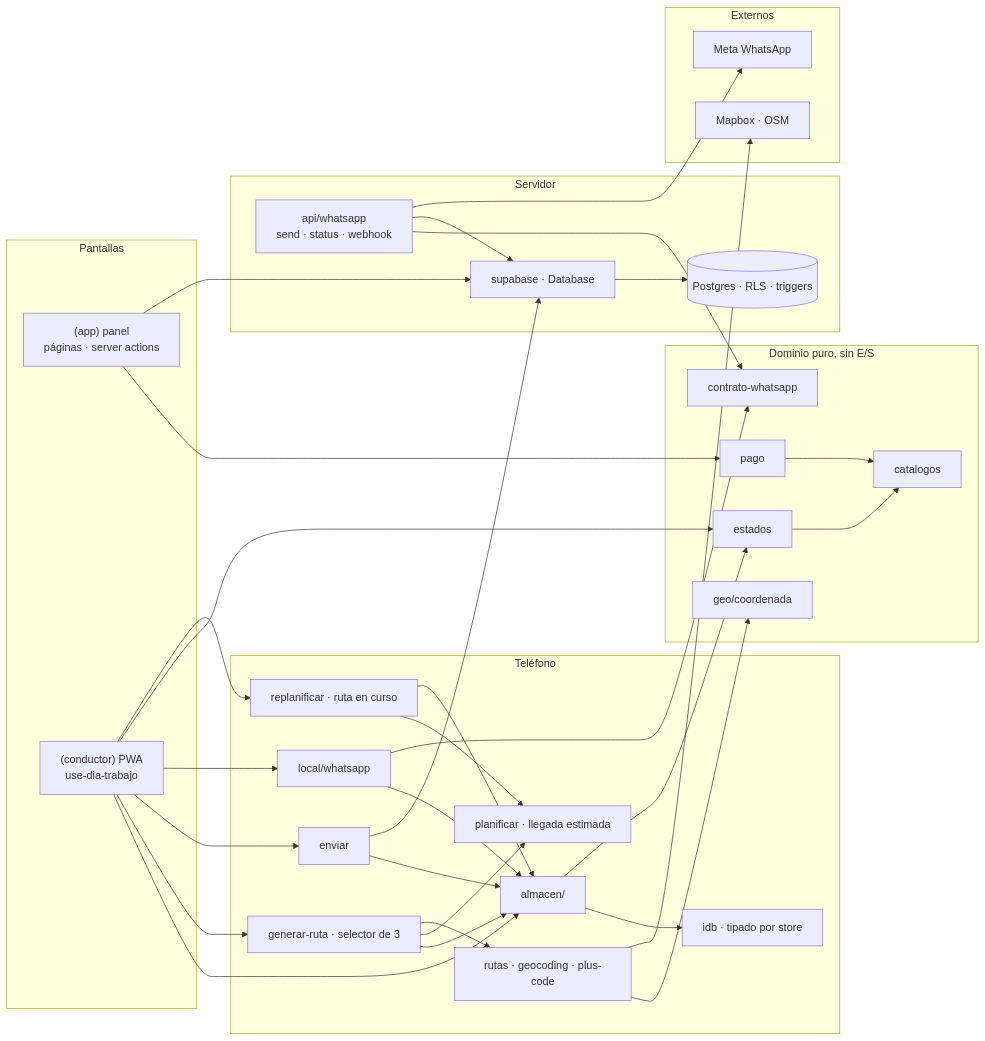
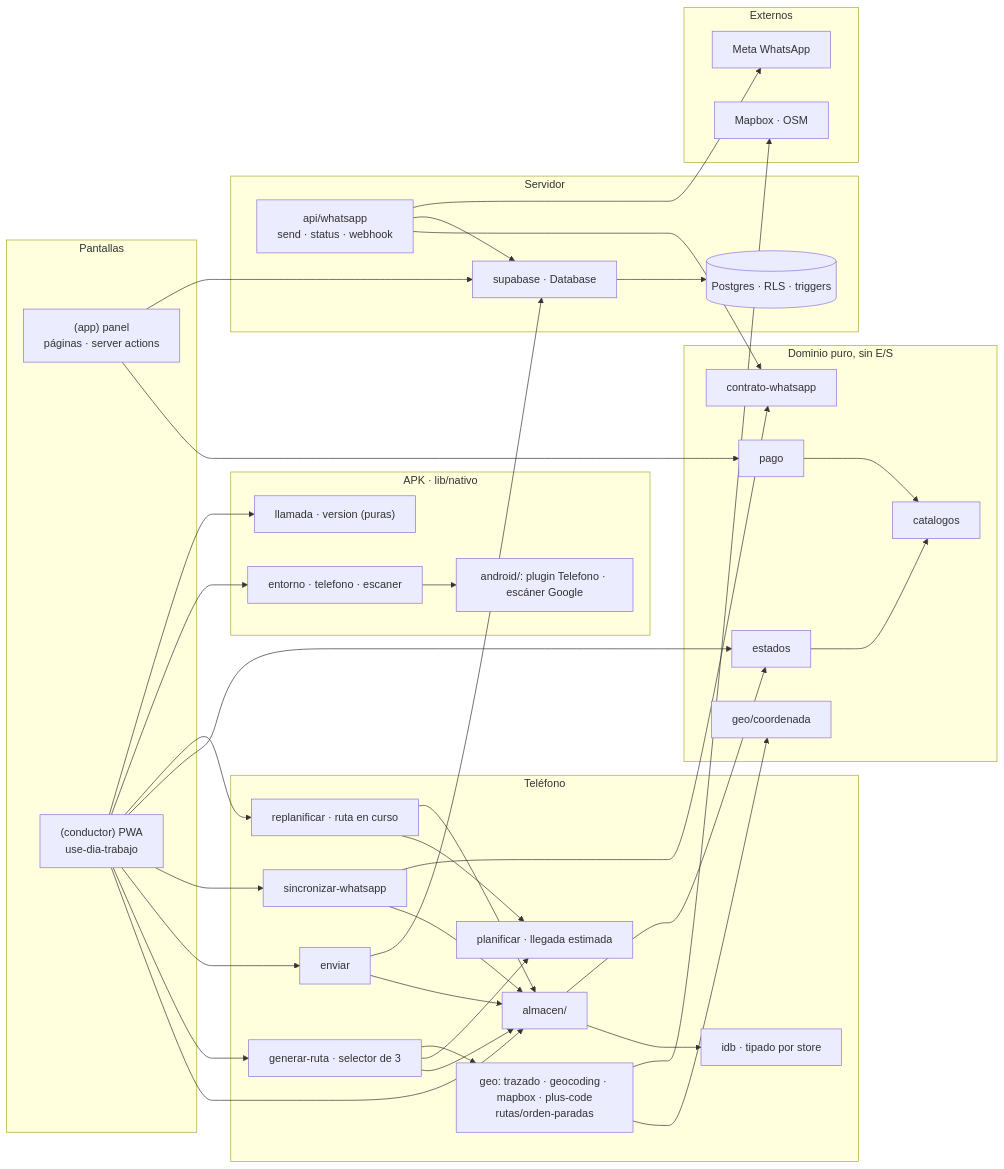
The third of 3 diagrams in docs/CLASES.md (etianypr/ProyectoAres), drawn with Mermaid before and after one commit. The commit also changed other lines of this file and 426 other files, not shown here.

First line of the commit message:
APK del conductor, carga desde la guía y "conductor" en todo el sistema

````diff
--- a/docs/CLASES.md
+++ b/docs/CLASES.md
@@ -173,60 +194,68 @@
 ```mermaid
 flowchart LR
   subgraph UI["Pantallas"]
     panel["(app) panel<br/>páginas · server actions"]
     conductor["(conductor) PWA<br/>use-dia-trabajo"]
   end
   subgraph Dominio["Dominio puro, sin E/S"]
     catalogos["catalogos"]
     estados["estados"]
     pago["pago"]
     contrato["contrato-whatsapp"]
     coord["geo/coordenada"]
   end
   subgraph Telefono["Teléfono"]
     almacen["almacen/"]
     idb["idb · tipado por store"]
     generar["generar-ruta · selector de 3"]
     planificar["planificar · llegada estimada"]
     replan["replanificar · ruta en curso"]
     enviar["enviar"]
-    wsl["local/whatsapp"]
-    rutas["rutas · geocoding · plus-code"]
+    wsl["sincronizar-whatsapp"]
+    rutas["geo: trazado · geocoding · mapbox · plus-code<br/>rutas/orden-paradas"]
+  end
+  subgraph Nativo["APK · lib/nativo"]
+    nat["entorno · telefono · escaner"]
+    llamada["llamada · version (puras)"]
+    plugin["android/: plugin Telefono · escáner Google"]
   end
   subgraph Servidor["Servidor"]
     api["api/whatsapp<br/>send · status · webhook"]
     supa["supabase · Database"]
     pg[("Postgres · RLS · triggers")]
   end
   subgraph Externos["Externos"]
     mapbox["Mapbox · OSM"]
     meta["Meta WhatsApp"]
   end
   panel --> pago
   panel --> supa
   conductor --> almacen
   conductor --> generar
   conductor --> enviar
   conductor --> wsl
   conductor --> estados
   almacen --> idb
   almacen --> estados
   generar --> almacen
   generar --> planificar
   generar --> rutas
   conductor --> replan
+  conductor --> nat
+  conductor --> llamada
+  nat --> plugin
   replan --> planificar
   replan --> almacen
   rutas --> coord
   rutas --> mapbox
   enviar --> almacen
   enviar --> supa
   wsl --> almacen
   wsl --> contrato
   api --> contrato
   api --> supa
   api --> meta
   supa --> pg
   estados --> catalogos
   pago --> catalogos
 ```
````
